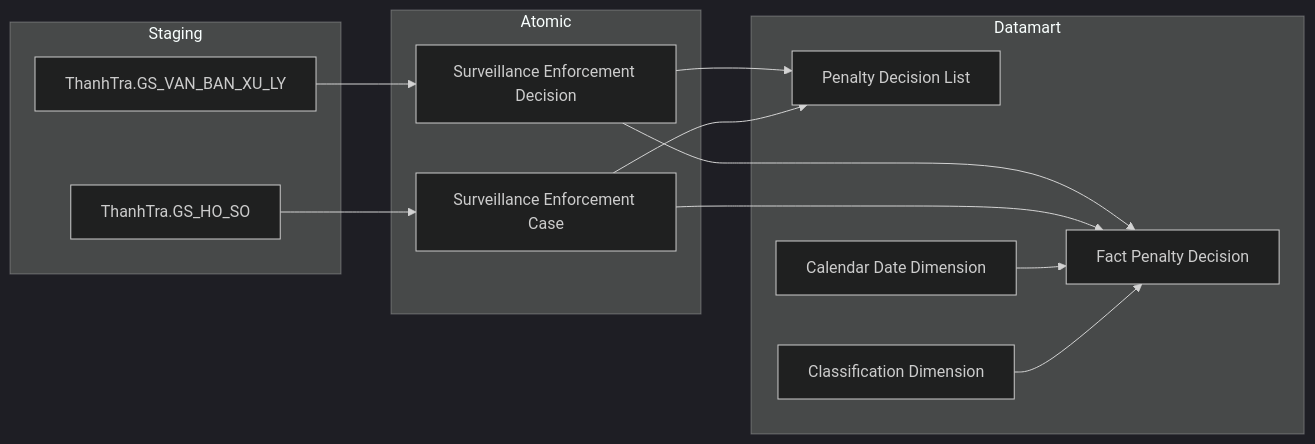
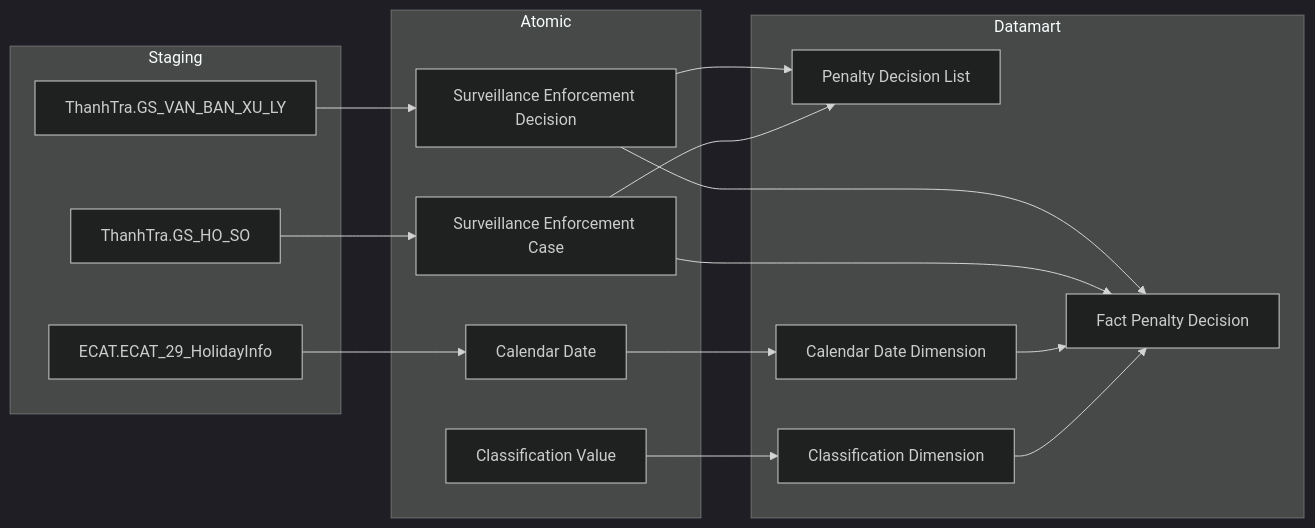
One commit to linhlvit/ubck_atomic_design changed the third of 25 diagrams in Datamart/hld/DTM_TT_HLD.md. Above: the diagram before and after it, drawn with Mermaid (dark theme). The commit also changed other lines of this file and 2 other files, not shown here.

Commit message:
update datamart desgin 1

````diff
--- a/Datamart/hld/DTM_TT_HLD.md
+++ b/Datamart/hld/DTM_TT_HLD.md
@@ -97,32 +101,36 @@
 ```mermaid
 flowchart LR
     subgraph SRC["Staging"]
         S1["ThanhTra.GS_VAN_BAN_XU_LY"]
         S2["ThanhTra.GS_HO_SO"]
+        ECAT_HolidayInfo["ECAT.ECAT_29_HolidayInfo"]
     end
 
     subgraph SIL["Atomic"]
         SV1["Surveillance Enforcement Decision"]
         SV2["Surveillance Enforcement Case"]
+        Calendar_Date["Calendar Date"]
+        Classification_Value["Classification Value"]
     end
 
-    subgraph Datamart["Datamart"]
+    subgraph GOLD["Datamart"]
         G2["Fact Penalty Decision"]
         G1["Penalty Decision List"]
         G3["Calendar Date Dimension"]
         G4["Classification Dimension"]
     end
 
     S1 --> SV1
     S2 --> SV2
+    ECAT_HolidayInfo --> Calendar_Date
 
     SV1 --> G2
     SV2 --> G2
     SV1 --> G1
     SV2 --> G1
 
-    SV2 ~~~ G3
-
+    Calendar_Date --> G3
+    Classification_Value --> G4
     G3 --> G2
     G4 --> G2
 ```
````
